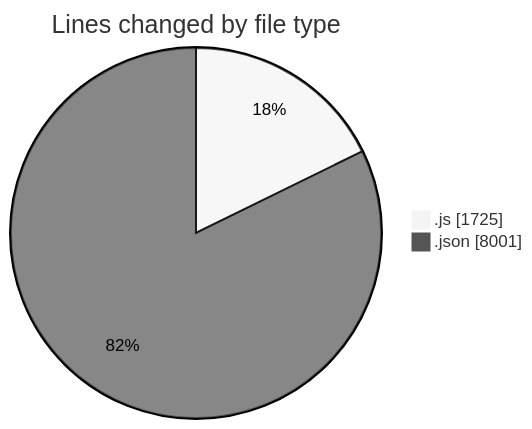
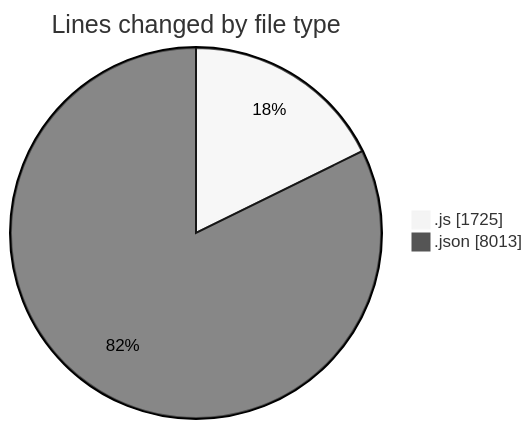
The first of 2 diagrams in 2025-01-11/good-pr/README.md (momahboobian/code-tracking), drawn with Mermaid (neutral theme) before and after one commit. The commit also changed other lines of this file and 1 other file, not shown here.

````diff
--- a/2025-01-11/good-pr/README.md
+++ b/2025-01-11/good-pr/README.md
@@ -38,6 +38,6 @@
 ```mermaid
 pie showData
 title Lines changed by file type
 ".js" : 1725
-".json" : 8001
+".json" : 8013
 ```
````
